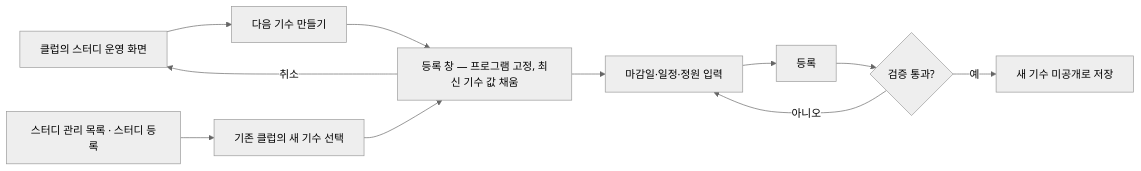
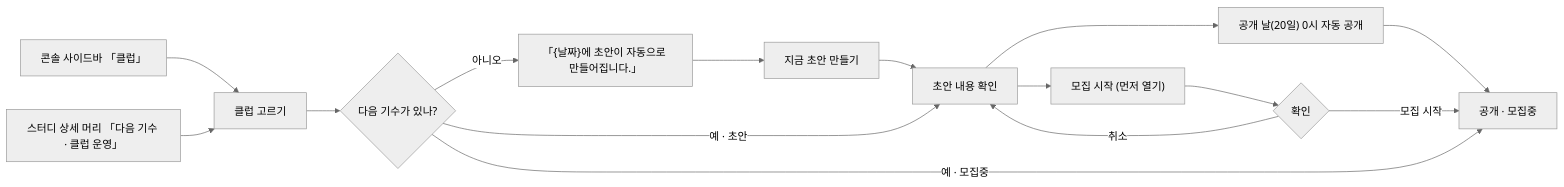
The first of 2 diagrams in 01-planning/stories/captain-reregister-cohort/PRD.md (StudyClub-PlusPlus/studyclub-engineering), drawn with Mermaid (neutral theme) before and after one commit. The commit also changed other lines of this file and 93 other files, not shown here.

````diff
--- a/01-planning/stories/captain-reregister-cohort/PRD.md
+++ b/01-planning/stories/captain-reregister-cohort/PRD.md
@@ -11,12 +13,14 @@
 ```mermaid
 flowchart LR
-  A["클럽의 스터디 운영 화면"] --> B["다음 기수 만들기"]
-  B --> C["등록 창 — 프로그램 고정, 최신 기수 값 채움"]
-  C --> D["마감일·일정·정원 입력"]
-  D --> E["등록"]
-  E --> F{"검증 통과?"}
-  F -->|아니오| D
-  F -->|예| G["새 기수 미공개로 저장"]
-  C -->|취소| A
-  H["스터디 관리 목록 · 스터디 등록"] --> I["기존 클럽의 새 기수 선택"] --> C
+  A["콘솔 사이드바 「클럽」"] --> B["클럽 고르기"]
+  S["스터디 상세 머리 「다음 기수 · 클럽 운영」"] --> B
+  B --> C{"다음 기수가 있나?"}
+  C -->|아니오| D["「{날짜}에 초안이 자동으로 만들어집니다.」"]
+  D --> E["지금 초안 만들기"] --> F
+  C -->|예 · 초안| F["초안 내용 확인"]
+  F --> P["공개 날(20일) 0시 자동 공개"] --> I
+  F --> G["모집 시작 (먼저 열기)"] --> H{"확인"}
+  H -->|취소| F
+  H -->|모집 시작| I["공개 · 모집중"]
+  C -->|예 · 모집중| I
 ```
````
